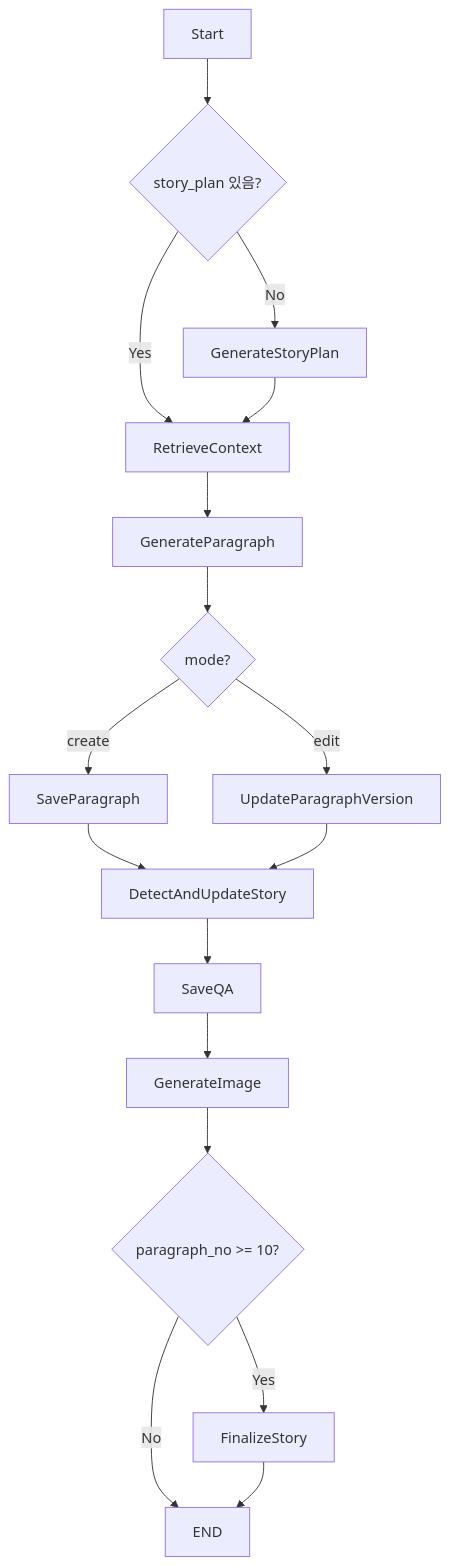
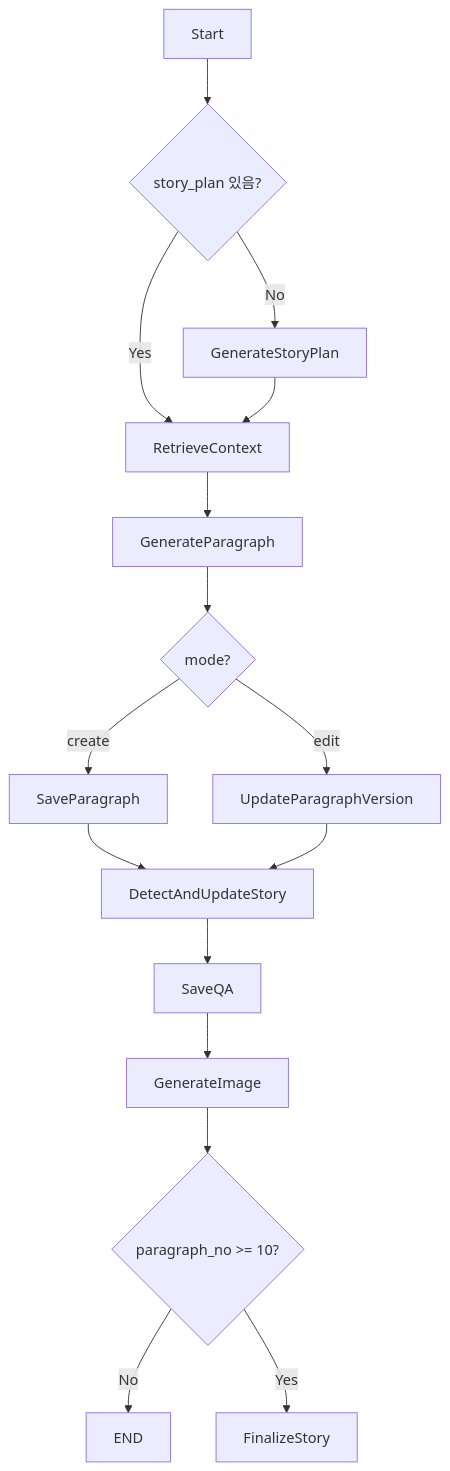
The diagram in back/api/services/langgraph/README.md (Pelicanic/DongHwa), drawn with Mermaid before and after one commit.

Commit message:
docs: langgraph readme 그래프 수정

````diff
--- a/back/api/services/langgraph/README.md
+++ b/back/api/services/langgraph/README.md
@@ -72,19 +72,18 @@
 ```mermaid
 graph TD
     A[Start] --> B{story_plan 있음?}
     B -->|No| C[GenerateStoryPlan]
     B -->|Yes| D[RetrieveContext]
     C --> D
     D --> E[GenerateParagraph]
     E --> F{mode?}
     F -->|create| G[SaveParagraph]
     F -->|edit| H[UpdateParagraphVersion]
     G --> I[DetectAndUpdateStory]
     H --> I
     I --> J[SaveQA]
     J --> K[GenerateImage]
     K --> L{paragraph_no >= 10?}
     L -->|No| M[END]
     L -->|Yes| N[FinalizeStory]
-    N --> M
 ```
````
